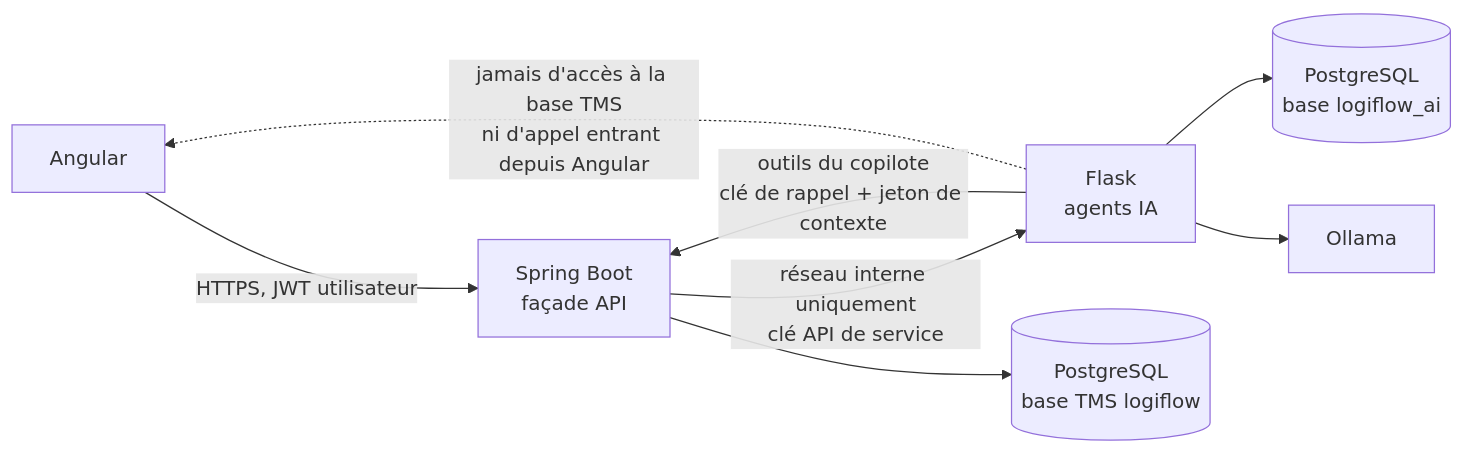
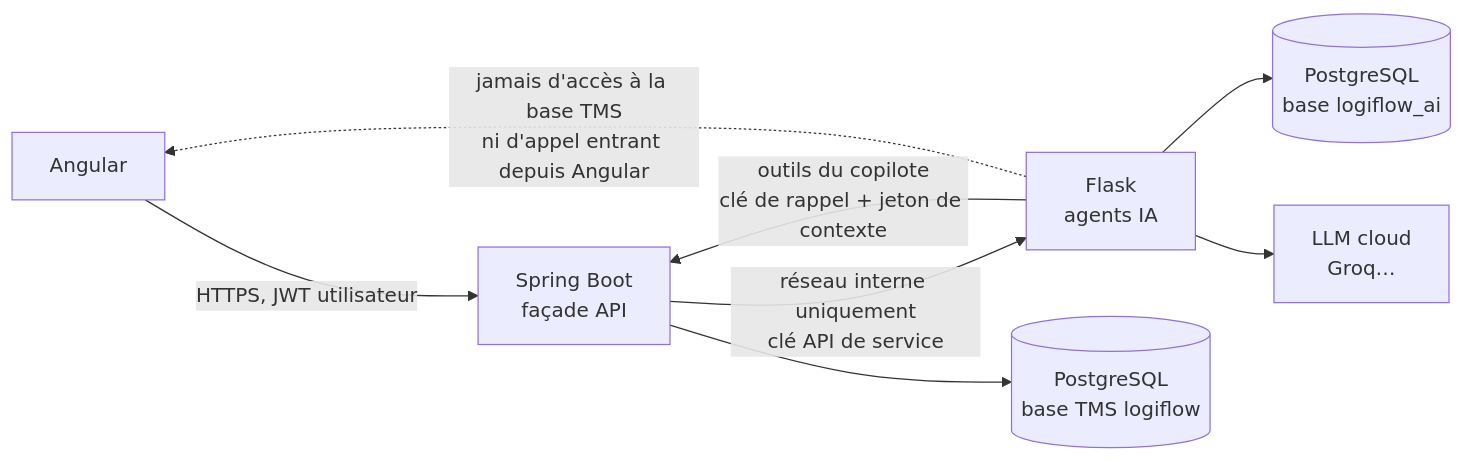
One commit to ibrahim-stitou/logiflow-backend changed the diagram in docs/integration-ia.md. Above: the diagram before and after it, drawn with Mermaid. The commit also changed other lines of this file and 9 other files, not shown here.

First line of the commit message:
feat(copilote): état du fournisseur LLM (llm, fournisseur) au lieu d'Ollama

````diff
--- a/docs/integration-ia.md
+++ b/docs/integration-ia.md
@@ -20,10 +22,10 @@
 ```mermaid
 graph LR
     NG[Angular] -->|HTTPS, JWT utilisateur| SB[Spring Boot<br/>façade API]
     SB -->|réseau interne uniquement<br/>clé API de service| FL[Flask<br/>agents IA]
     FL -->|outils du copilote<br/>clé de rappel + jeton de contexte| SB
     SB --> PG[(PostgreSQL<br/>base TMS logiflow)]
     FL --> PGA[(PostgreSQL<br/>base logiflow_ai)]
-    FL --> OL[Ollama]
+    FL --> OL[LLM cloud<br/>Groq…]
     FL -.->|jamais d'accès à la base TMS<br/>ni d'appel entrant depuis Angular| NG
 ```
````
